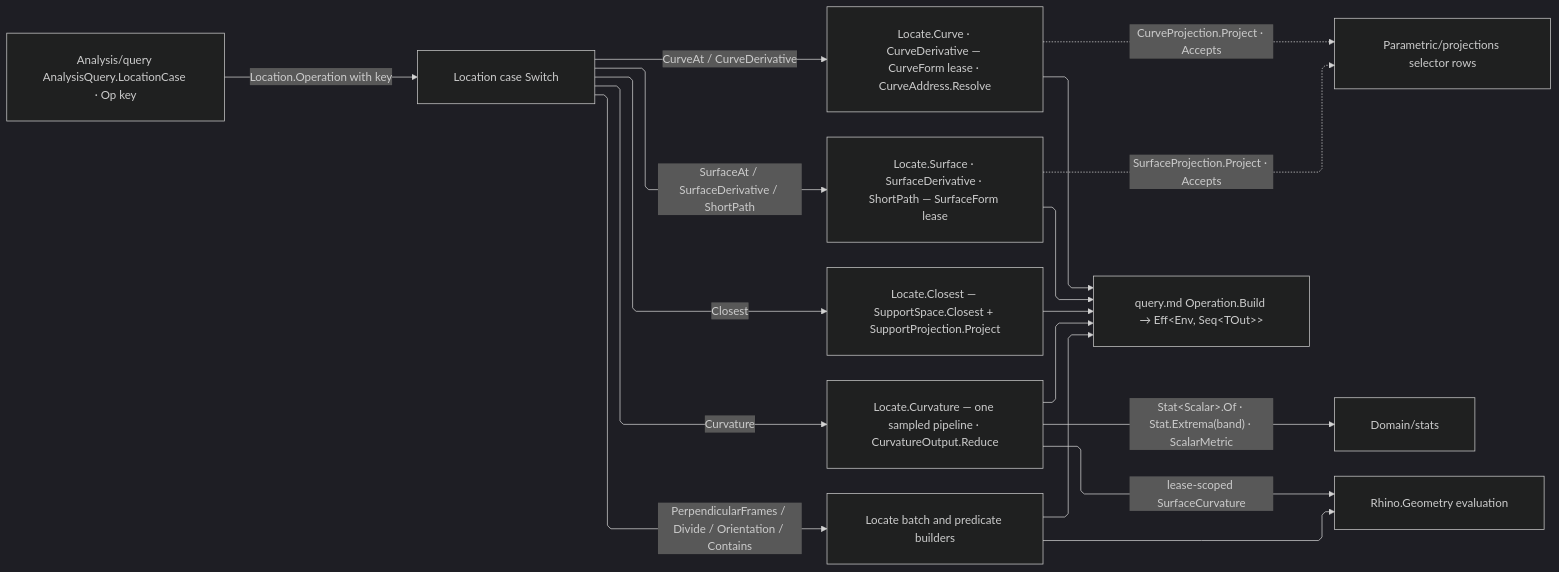
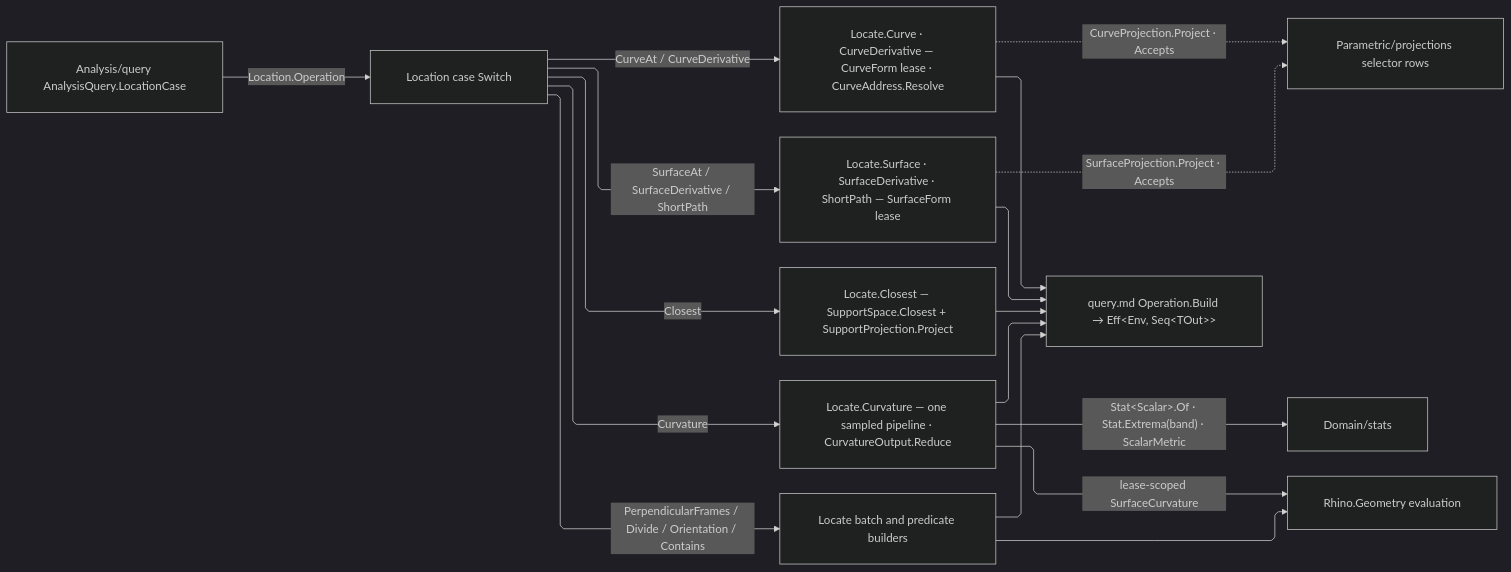
The diagram in libs/dotnet/Rasm/.planning/Parametric/locate.md (bsamiee/Rasm), drawn with Mermaid (dark theme) before and after one commit. The commit also changed 22 other files, not shown here.

````diff
--- a/libs/dotnet/Rasm/.planning/Parametric/locate.md
+++ b/libs/dotnet/Rasm/.planning/Parametric/locate.md
@@ -319,24 +319,24 @@
 ```mermaid
 ---
 config:
   layout: elk
   flowchart:
     curve: linear
     padding: 25
 ---
 flowchart LR
     accTitle: Location operation flow
     accDescr: AnalysisQuery.LocationCase threads the verb key into the Location case fold; each case lowers through one Locate builder that leases the native, reads its selector or division row, and returns to the Analysis runtime.
-    Query["Analysis/query AnalysisQuery.LocationCase · Op key"] -->|Location.Operation with key| Location["Location case Switch"]
+    Query["Analysis/query AnalysisQuery.LocationCase"] -->|Location.Operation| Location["Location case Switch"]
     Location -->|CurveAt / CurveDerivative| CurveArm["Locate.Curve · CurveDerivative — CurveForm lease · CurveAddress.Resolve"]
     Location -->|SurfaceAt / SurfaceDerivative / ShortPath| SurfaceArm["Locate.Surface · SurfaceDerivative · ShortPath — SurfaceForm lease"]
     Location -->|Closest| ClosestArm["Locate.Closest — SupportSpace.Closest + SupportProjection.Project"]
     Location -->|Curvature| Sweep["Locate.Curvature — one sampled pipeline · CurvatureOutput.Reduce"]
     Location -->|PerpendicularFrames / Divide / Orientation / Contains| Spine["Locate batch and predicate builders"]
     CurveArm -.->|CurveProjection.Project · Accepts| Projections["Parametric/projections selector rows"]
     SurfaceArm -.->|SurfaceProjection.Project · Accepts| Projections
     Sweep -->|"Stat&lt;Scalar&gt;.Of · Stat.Extrema(band) · ScalarMetric"| Stats["Domain/stats"]
     Sweep -->|lease-scoped SurfaceCurvature| Rhino["Rhino.Geometry evaluation"]
     Spine --> Rhino
     CurveArm & SurfaceArm & ClosestArm & Sweep & Spine --> Runtime["query.md Operation.Build → Eff&lt;Env, Seq&lt;TOut&gt;&gt;"]
 ```
````
